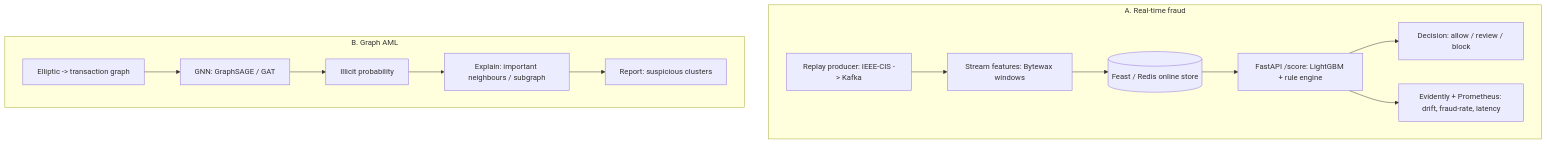
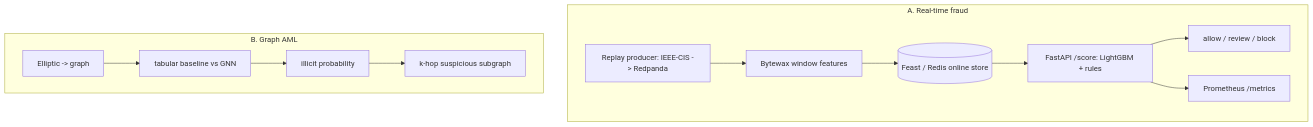
The diagram in README.md (dataeclipse/fraud-aml-realtime), drawn with Mermaid before and after one commit. The commit also changed other lines of this file and 11 other files, not shown here.

````diff
--- a/README.md
+++ b/README.md
@@ -33,16 +22,15 @@
 ```mermaid
 flowchart TD
     subgraph A[A. Real-time fraud]
-        T[Replay producer: IEEE-CIS -> Kafka] --> W[Stream features: Bytewax windows]
+        T[Replay producer: IEEE-CIS -> Redpanda] --> W[Bytewax window features]
         W --> FS[(Feast / Redis online store)]
-        FS --> S[FastAPI /score: LightGBM + rule engine]
-        S --> D[Decision: allow / review / block]
-        S --> MON[Evidently + Prometheus: drift, fraud-rate, latency]
+        FS --> S[FastAPI /score: LightGBM + rules]
+        S --> D[allow / review / block]
+        S --> MON[Prometheus /metrics]
     end
     subgraph B[B. Graph AML]
-        E[Elliptic -> transaction graph] --> G[GNN: GraphSAGE / GAT]
-        G --> P[Illicit probability]
-        P --> X[Explain: important neighbours / subgraph]
-        X --> R[Report: suspicious clusters]
+        E[Elliptic -> graph] --> BL[tabular baseline vs GNN]
+        BL --> P[illicit probability]
+        P --> X[k-hop suspicious subgraph]
     end
 ```
````
